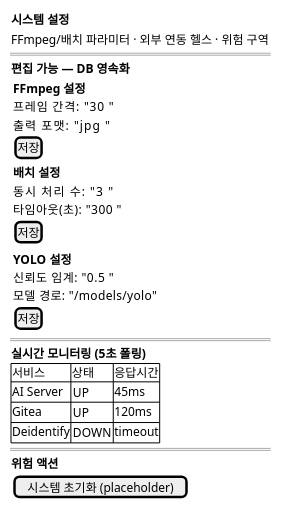
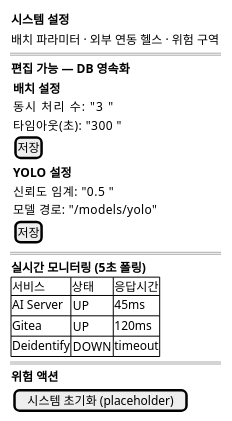
Diagram 21 of 27 in docs/design/D2-사용자인터페이스설계서.md (New-stella/klid-label), drawn with PlantUML before and after one commit. The commit also changed other lines of this file and 3 other files, not shown here.

````diff
--- a/docs/design/D2-사용자인터페이스설계서.md
+++ b/docs/design/D2-사용자인터페이스설계서.md
@@ -1467,50 +1464,42 @@
 ```plantuml
 @startsalt
 {
   { <b>시스템 설정 }
-  { FFmpeg/배치 파라미터 · 외부 연동 헬스 · 위험 구역 }
+  { 배치 파라미터 · 외부 연동 헬스 · 위험 구역 }
   ==
   {
     <b>편집 가능 — DB 영속화
     {
-      {
-        <b>FFmpeg 설정
-        프레임 간격: "30    "
-        출력 포맷:   "jpg   "
-        [저장]
-      }
-      |
       {
         <b>배치 설정
         동시 처리 수: "3     "
         타임아웃(초): "300   "
         [저장]
       }
-    }
-    {
+      |
       {
         <b>YOLO 설정
         신뢰도 임계: "0.5   "
         모델 경로:   "/models/yolo"
         [저장]
       }
     }
   }
   ==
   {
     <b>실시간 모니터링 (5초 폴링)
     {#
       서비스       | 상태   | 응답시간
       AI Server    | {UP}   | 45ms
       Gitea        | {UP}   | 120ms
       Deidentify   | {DOWN} | timeout
     }
   }
   ==
   {
     <b>위험 액션
     { [시스템 초기화 (placeholder)] }
   }
 }
 @endsalt
 ```
````
